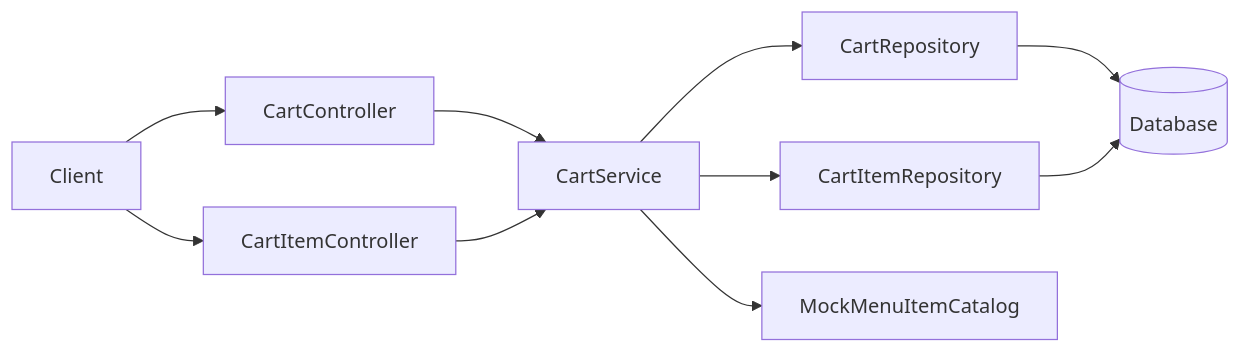
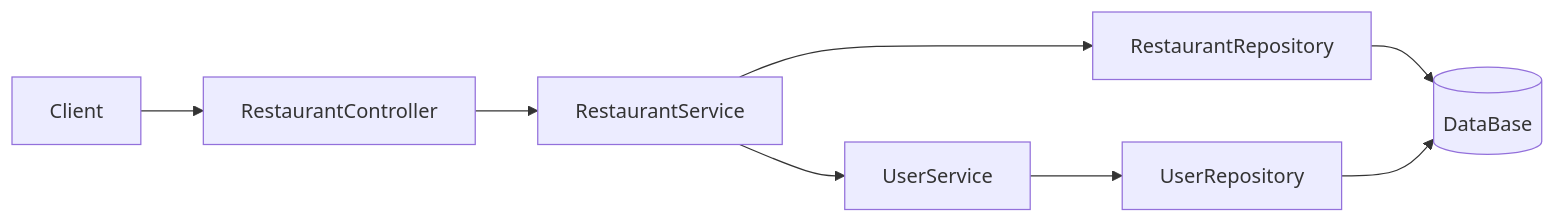
The second of 11 diagrams in README.md (w2t-el-develop/food_delivery_api), drawn with Mermaid before and after one commit. The commit also changed other lines of this file and 18 other files, not shown here.

````diff
--- a/README.md
+++ b/README.md
@@ -57,15 +53,16 @@
 ```mermaid
 flowchart LR
-    Client --> CartController
-    Client --> CartItemController
+    Client --> RestaurantController
 
-    CartController --> CartService
-    CartItemController --> CartService
+    RestaurantController --> RestaurantService
 
-    CartService --> CartRepository
-    CartService --> CartItemRepository
-    CartService --> MockMenuItemCatalog
+    RestaurantService --> RestaurantRepository
+    RestaurantService --> UserService 
 
-    CartRepository --> DB[(Database)]
-    CartItemRepository --> DB
+    UserService --> UserRepository
+
+    RestaurantRepository --> DB[(DataBase)]
+    UserRepository --> DB
+
+    
 ```
````
